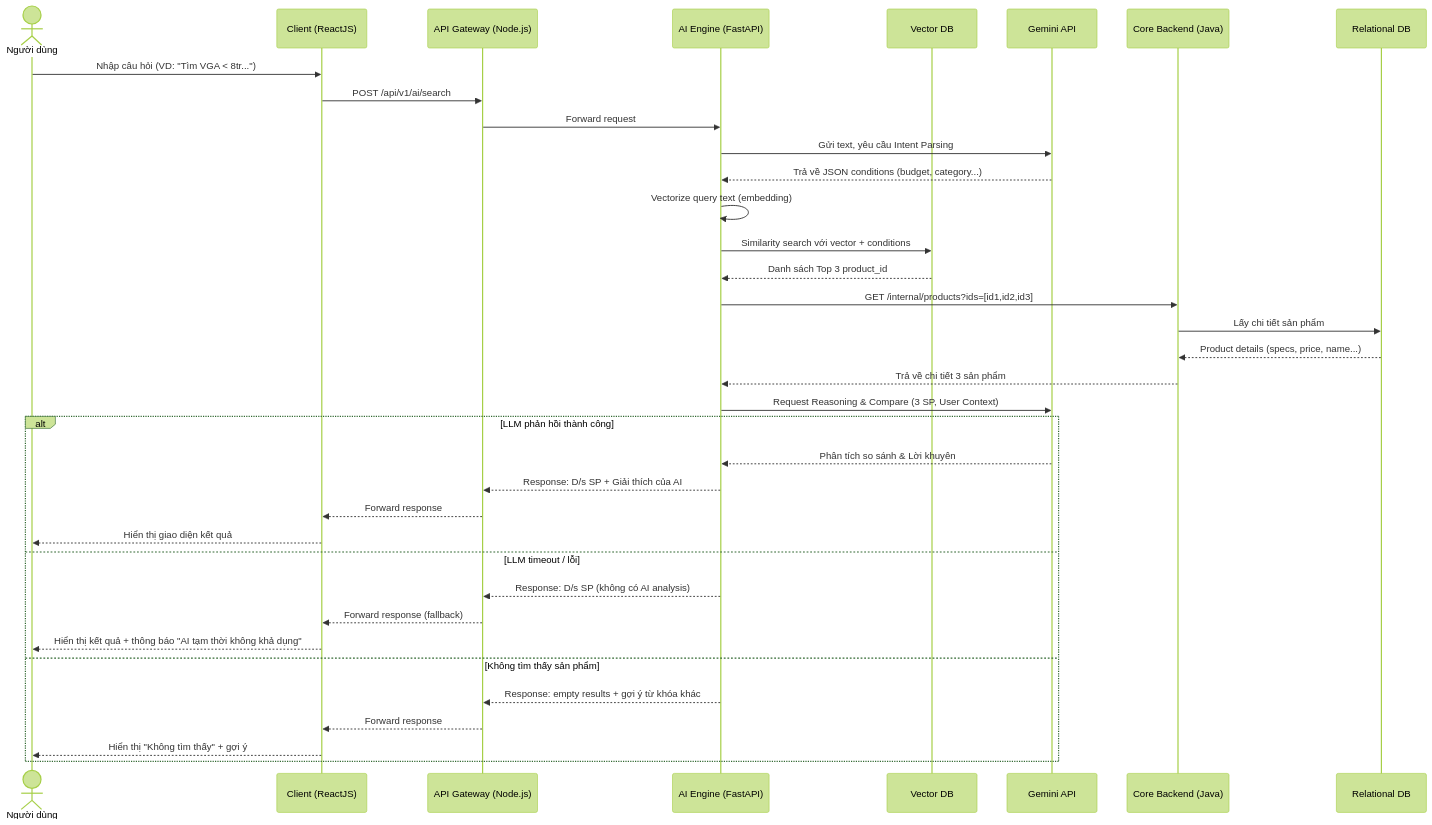
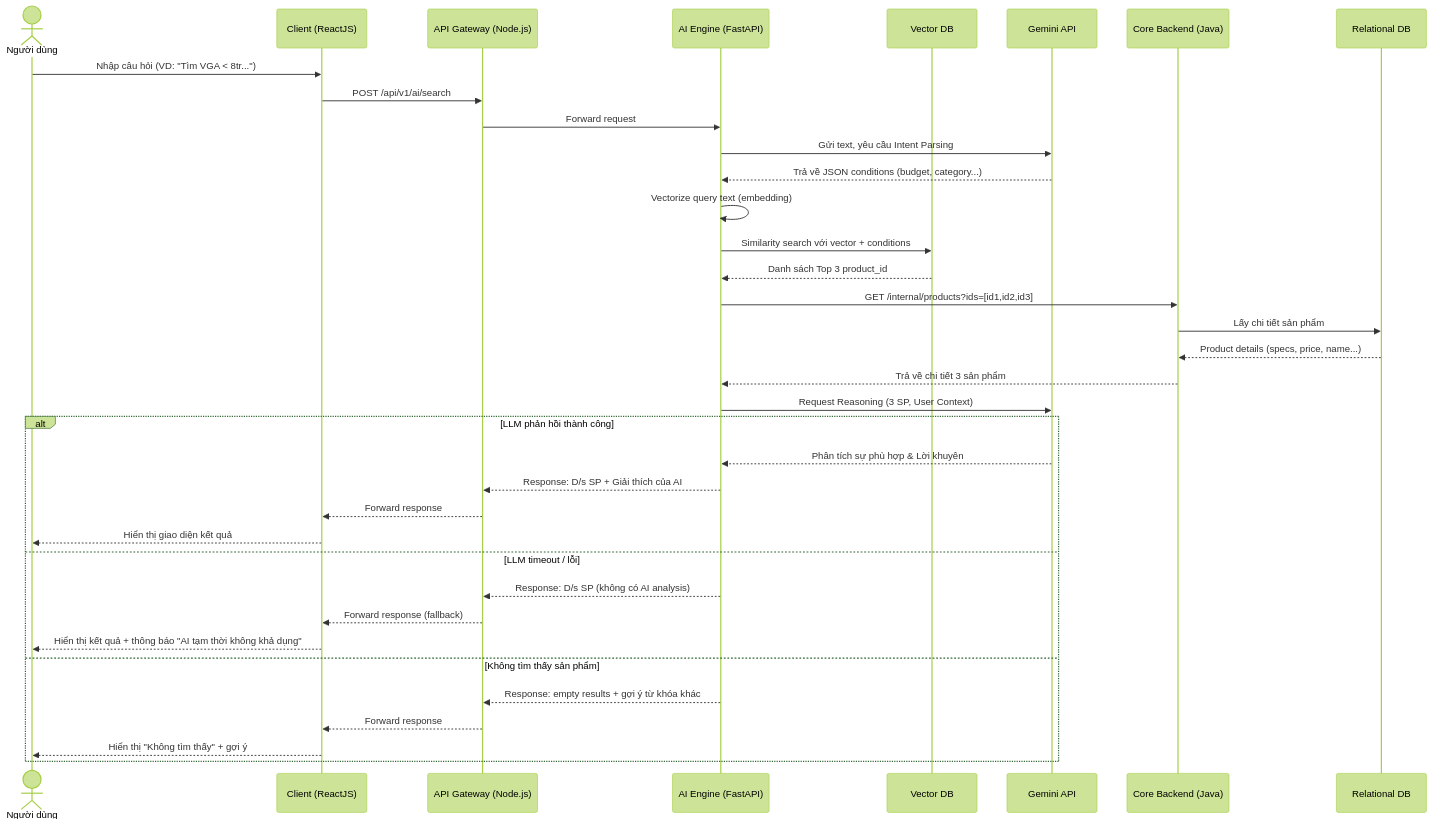
Before and after one commit to bankientapcode-1410/project1: the fourth of 6 diagrams in prj1.md, drawn with Mermaid (forest theme). The commit also changed other lines of this file, not shown here.

````diff
--- a/prj1.md
+++ b/prj1.md
@@ -269,40 +276,40 @@
 ```mermaid
 sequenceDiagram
     actor User as Người dùng
     participant UI as Client (ReactJS)
     participant GW as API Gateway (Node.js)
     participant AI as AI Engine (FastAPI)
     participant VDB as Vector DB
     participant LLM as Gemini API
     participant Core as Core Backend (Java)
     participant DB as Relational DB
     
     User->>UI: Nhập câu hỏi (VD: "Tìm VGA < 8tr...")
     UI->>GW: POST /api/v1/ai/search
     GW->>AI: Forward request
     AI->>LLM: Gửi text, yêu cầu Intent Parsing
     LLM-->>AI: Trả về JSON conditions (budget, category...)
     AI->>AI: Vectorize query text (embedding)
     AI->>VDB: Similarity search với vector + conditions
     VDB-->>AI: Danh sách Top 3 product_id
     AI->>Core: GET /internal/products?ids=[id1,id2,id3]
     Core->>DB: Lấy chi tiết sản phẩm
     DB-->>Core: Product details (specs, price, name...)
     Core-->>AI: Trả về chi tiết 3 sản phẩm
-    AI->>LLM: Request Reasoning & Compare (3 SP, User Context)
+    AI->>LLM: Request Reasoning (3 SP, User Context)
     
     alt LLM phản hồi thành công
-        LLM-->>AI: Phân tích so sánh & Lời khuyên
+        LLM-->>AI: Phân tích sự phù hợp & Lời khuyên
         AI-->>GW: Response: D/s SP + Giải thích của AI
         GW-->>UI: Forward response
         UI-->>User: Hiển thị giao diện kết quả
     else LLM timeout / lỗi
         AI-->>GW: Response: D/s SP (không có AI analysis)
         GW-->>UI: Forward response (fallback)
         UI-->>User: Hiển thị kết quả + thông báo "AI tạm thời không khả dụng"
     else Không tìm thấy sản phẩm
         AI-->>GW: Response: empty results + gợi ý từ khóa khác
         GW-->>UI: Forward response
         UI-->>User: Hiển thị "Không tìm thấy" + gợi ý
     end
 ```
````
